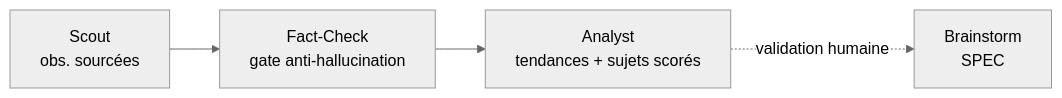
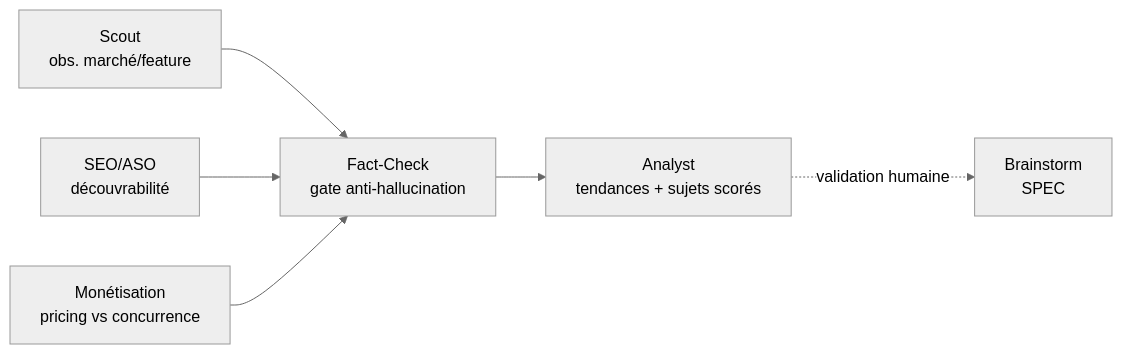
One commit to ZimZam-org/ai-led-framework changed the first of 4 diagrams in templates/memory/fr/process.md. Above: the diagram before and after it, drawn with Mermaid (neutral theme). The commit also changed other lines of this file and 15 other files, not shown here.

First line of the commit message:
feat(discovery): add SEO/ASO & monetization agents, translate README to English

````diff
--- a/templates/memory/fr/process.md
+++ b/templates/memory/fr/process.md
@@ -19,6 +19,8 @@
 ```mermaid
 flowchart LR
-    SC[Scout<br/>obs. sourcées] --> FC[Fact-Check<br/>gate anti-hallucination]
+    SC[Scout<br/>obs. marché/feature] --> FC[Fact-Check<br/>gate anti-hallucination]
+    SE[SEO/ASO<br/>découvrabilité] --> FC
+    MO[Monétisation<br/>pricing vs concurrence] --> FC
     FC --> AN[Analyst<br/>tendances + sujets scorés]
     AN -. validation humaine .-> BS[Brainstorm<br/>SPEC]
 ```
````
